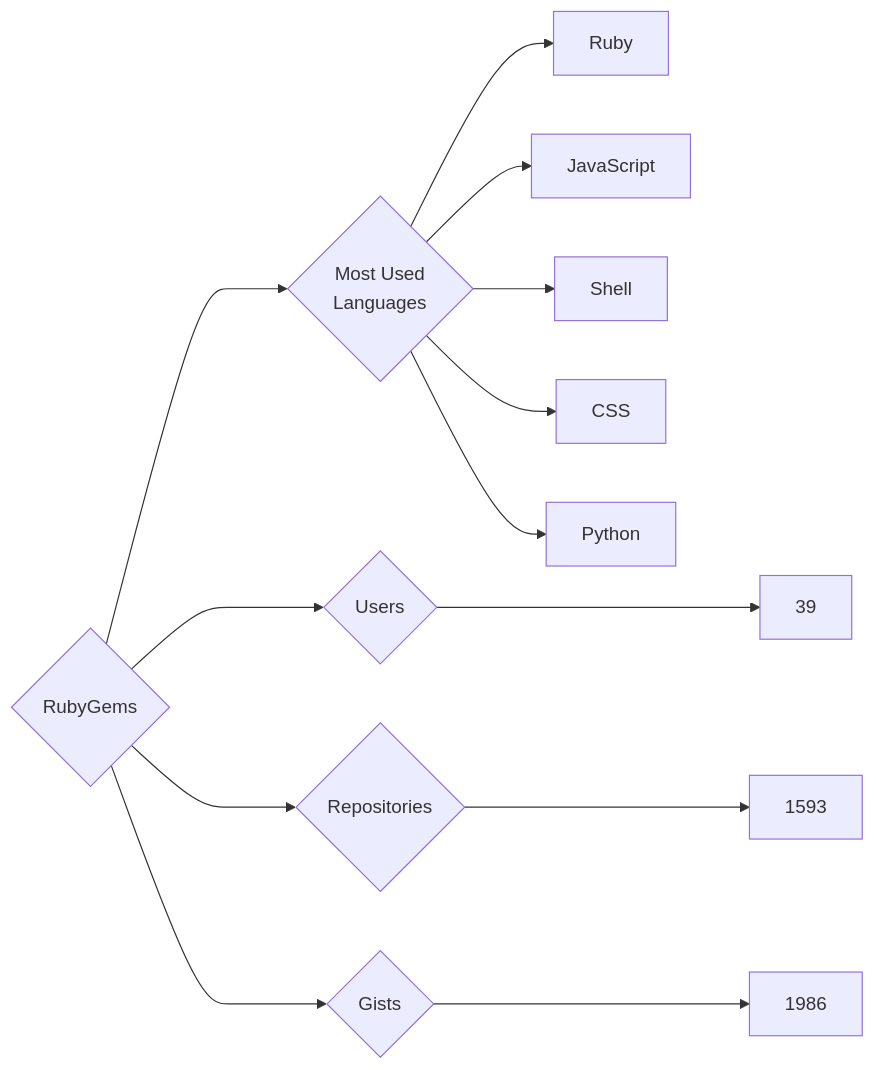
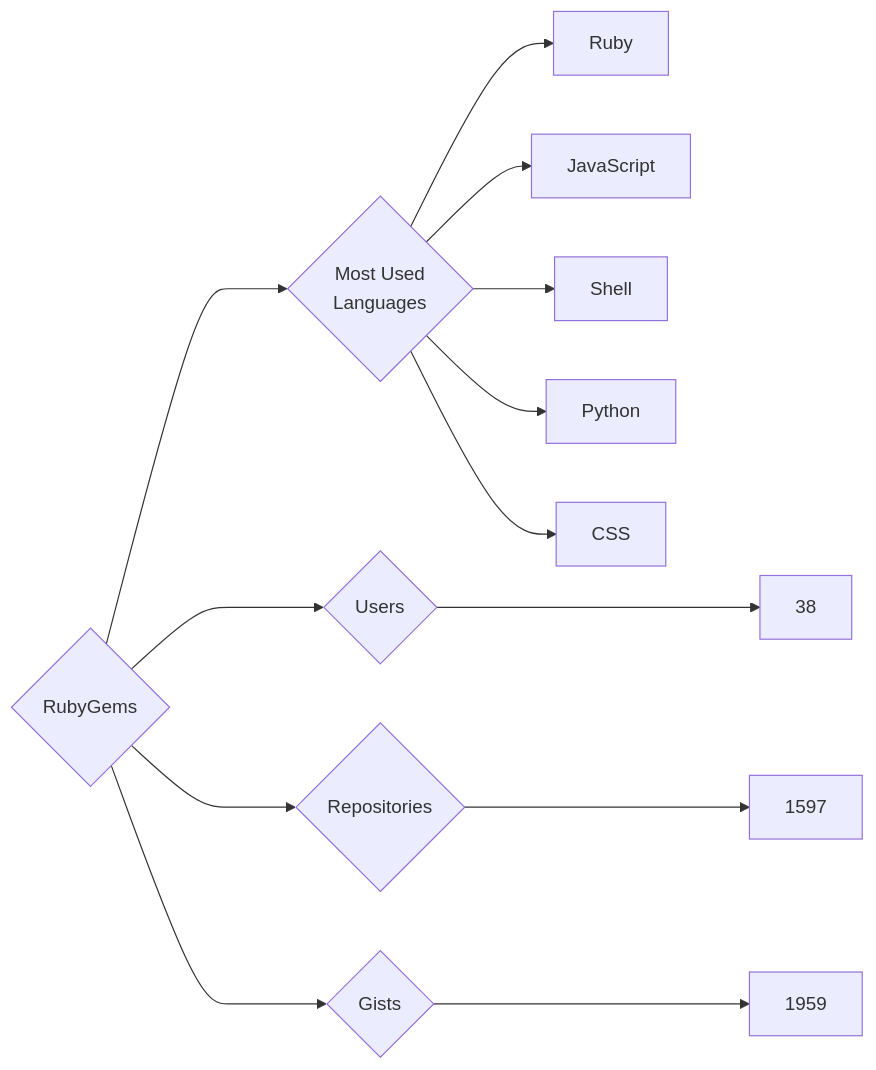
The diagram in targets/RubyGems/README.md (trickest/insiders), drawn with Mermaid before and after one commit. The commit also changed 1479 other files, not shown here.

````diff
--- a/targets/RubyGems/README.md
+++ b/targets/RubyGems/README.md
@@ -3,13 +3,13 @@
 ```mermaid
 graph LR
 COMPANY_NAME{RubyGems}
-COMPANY_NAME ---> U{Users} ---> UN[39]
-COMPANY_NAME ---> R{Repositories} ---> RN[1593]
-COMPANY_NAME ---> G{Gists} ---> GN[1986]
+COMPANY_NAME ---> U{Users} ---> UN[38]
+COMPANY_NAME ---> R{Repositories} ---> RN[1597]
+COMPANY_NAME ---> G{Gists} ---> GN[1959]
 COMPANY_NAME ---> ML{Most Used<br>Languages}
 ML --> Ruby[Ruby]
 ML --> JavaScript[JavaScript]
 ML --> Shell[Shell]
+ML --> Python[Python]
 ML --> CSS[CSS]
-ML --> Python[Python]
 ```
````
